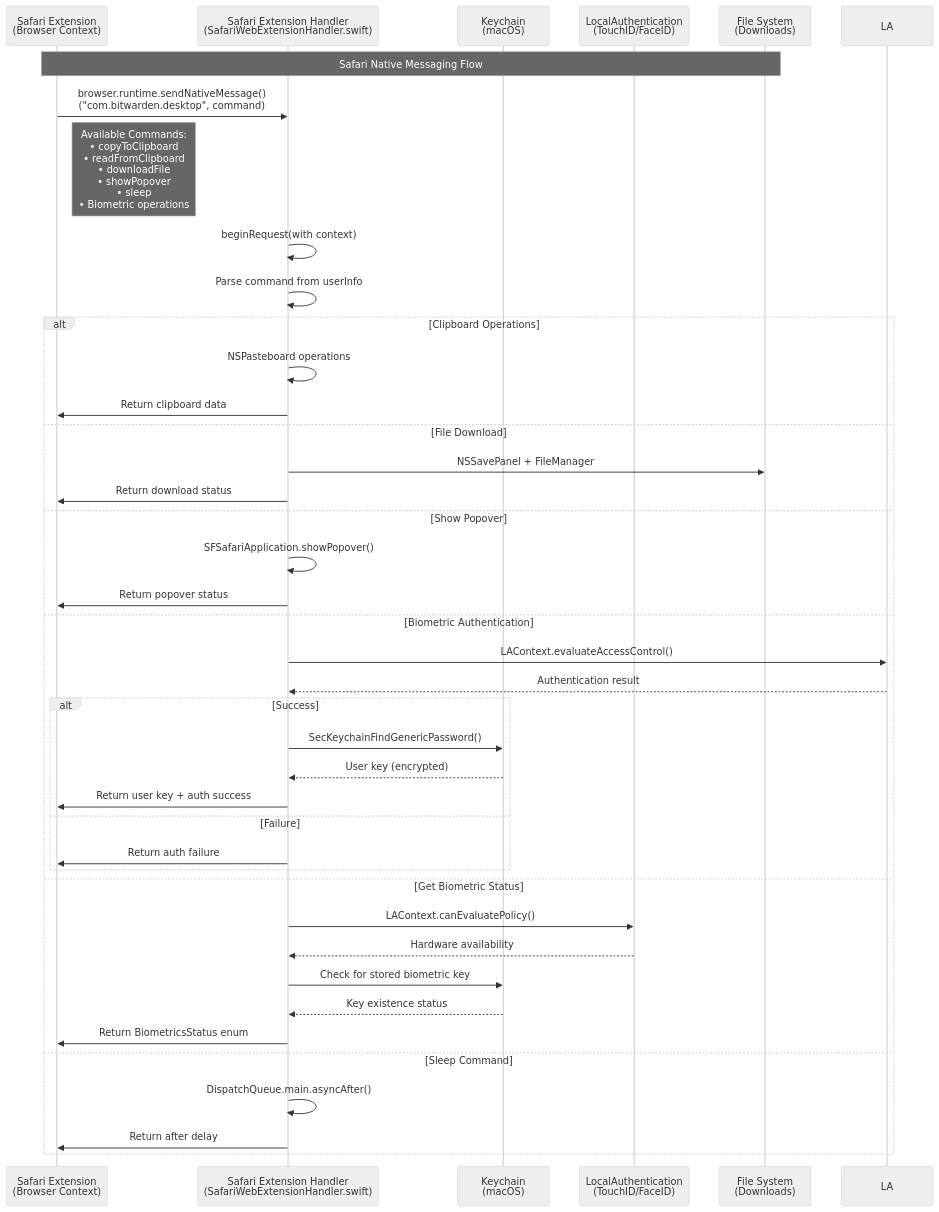
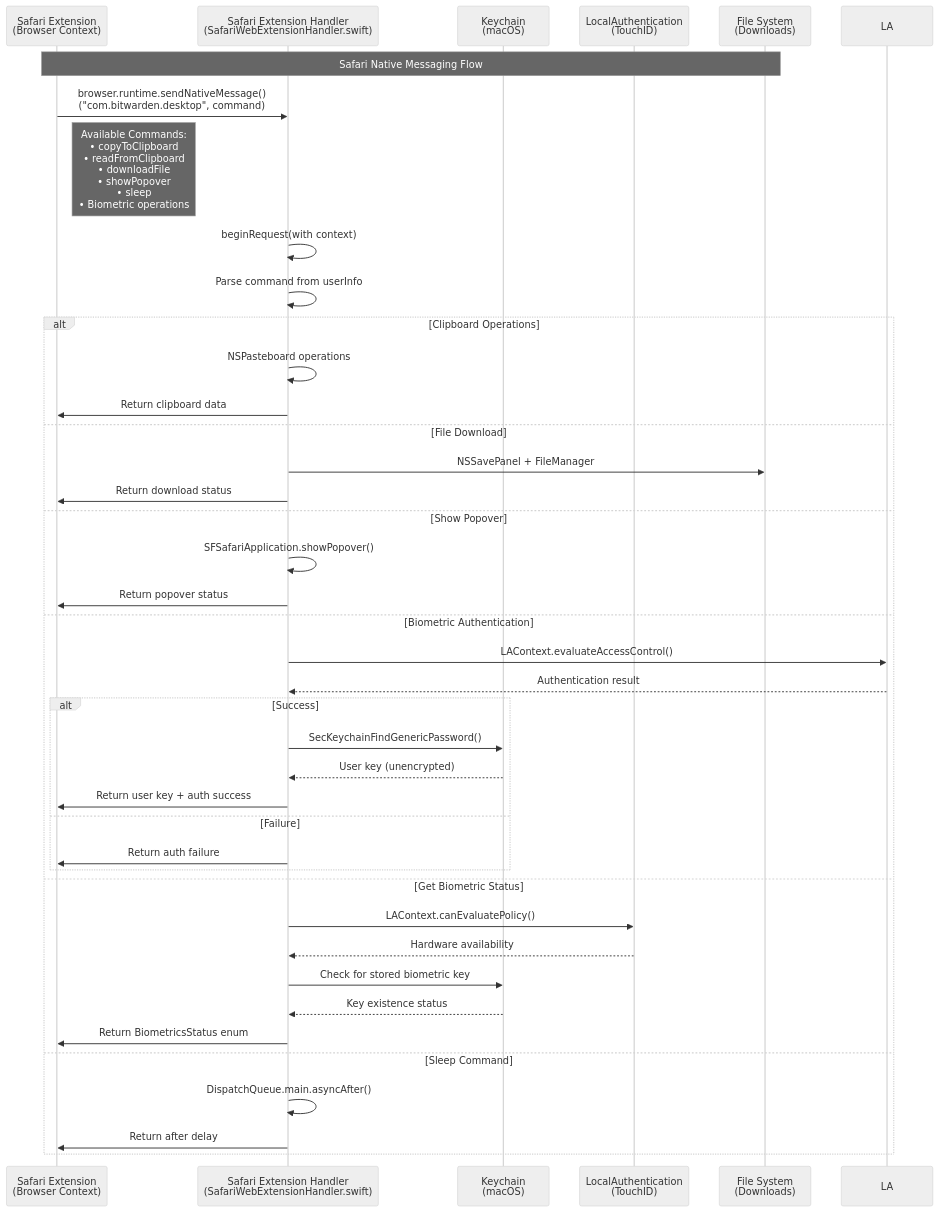
One commit to mort666/bw-clients changed the diagram in apps/browser/src/safari/README.md. Above: the diagram before and after it, drawn with Mermaid (neutral theme). The commit also changed other lines of this file, not shown here.

Commit message:
Addressed PR feedback.

````diff
--- a/apps/browser/src/safari/README.md
+++ b/apps/browser/src/safari/README.md
@@ -18,51 +18,51 @@
 ```mermaid
 sequenceDiagram
     participant SE as Safari Extension<br/>(Browser Context)
     participant SH as Safari Extension Handler<br/>(SafariWebExtensionHandler.swift)
     participant KC as Keychain<br/>(macOS)
-    participant BA as LocalAuthentication<br/>(TouchID/FaceID)
+    participant BA as LocalAuthentication<br/>(TouchID)
     participant FS as File System<br/>(Downloads)
 
     Note over SE, FS: Safari Native Messaging Flow
 
     SE->>SH: browser.runtime.sendNativeMessage()<br/>("com.bitwarden.desktop", command)
     Note right of SE: Available Commands:<br/>• copyToClipboard<br/>• readFromClipboard<br/>• downloadFile<br/>• showPopover<br/>• sleep<br/>• Biometric operations
 
     SH->>SH: beginRequest(with context)
     SH->>SH: Parse command from userInfo
     
     alt Clipboard Operations
         SH->>SH: NSPasteboard operations
         SH->>SE: Return clipboard data
     
     else File Download
         SH->>FS: NSSavePanel + FileManager
         SH->>SE: Return download status
     
     else Show Popover
         SH->>SH: SFSafariApplication.showPopover()
         SH->>SE: Return popover status
     
     else Biometric Authentication
         SH->>LA: LAContext.evaluateAccessControl()
         LA-->>SH: Authentication result
         alt Success
             SH->>KC: SecKeychainFindGenericPassword()
-            KC-->>SH: User key (encrypted)
+            KC-->>SH: User key (unencrypted)
             SH->>SE: Return user key + auth success
         else Failure
             SH->>SE: Return auth failure
         end
     
     else Get Biometric Status
         SH->>BA: LAContext.canEvaluatePolicy()
         BA-->>SH: Hardware availability
         SH->>KC: Check for stored biometric key
         KC-->>SH: Key existence status
         SH->>SE: Return BiometricsStatus enum
     
     else Sleep Command
         SH->>SH: DispatchQueue.main.asyncAfter()
         SH->>SE: Return after delay
     end
 ```
````
